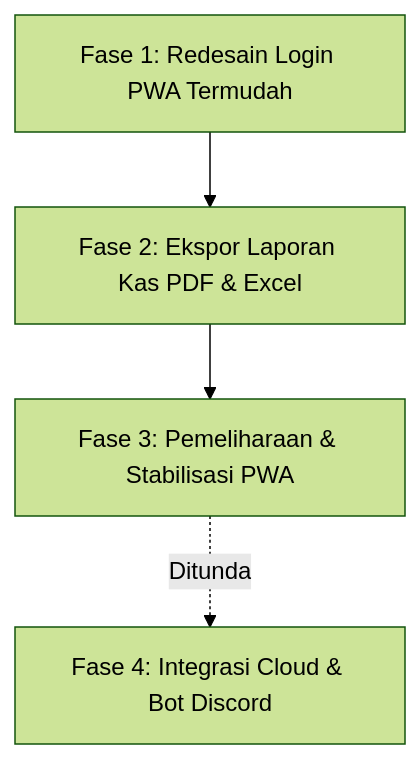
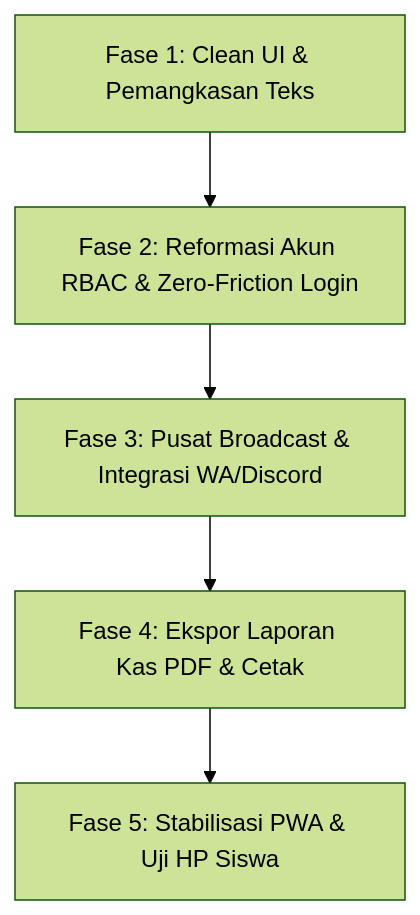
Before and after one commit to pikri-beep/classhub: the second of 2 diagrams in FUTURE_PLAN.md, drawn with Mermaid (forest theme). The commit also changed other lines of this file and 12 other files, not shown here.

Commit message:
feat: implement Clean UI overhaul, text diet, and update FUTURE_PLAN roadmap

````diff
--- a/FUTURE_PLAN.md
+++ b/FUTURE_PLAN.md
@@ -188,6 +296,7 @@
 ```mermaid
 graph TD
-    A[Fase 1: Redesain Login PWA Termudah] --> B[Fase 2: Ekspor Laporan Kas PDF & Excel]
-    B --> C[Fase 3: Pemeliharaan & Stabilisasi PWA]
-    C -. Ditunda .-> D[Fase 4: Integrasi Cloud & Bot Discord]
+    A[Fase 1: Clean UI & Pemangkasan Teks] --> B[Fase 2: Reformasi Akun RBAC & Zero-Friction Login]
+    B --> C[Fase 3: Pusat Broadcast & Integrasi WA/Discord]
+    C --> D[Fase 4: Ekspor Laporan Kas PDF & Cetak]
+    D --> E[Fase 5: Stabilisasi PWA & Uji HP Siswa]
 ```
````
